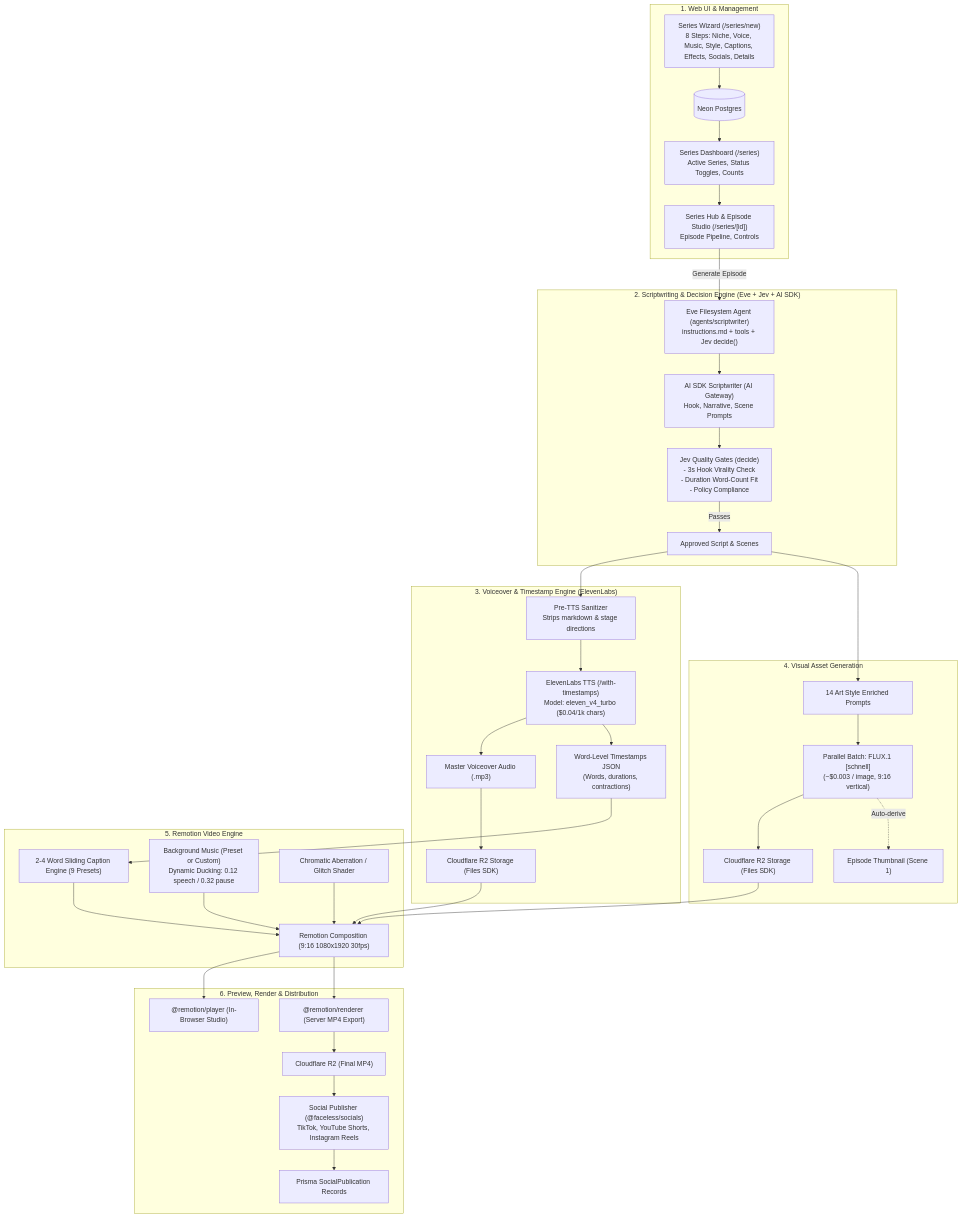
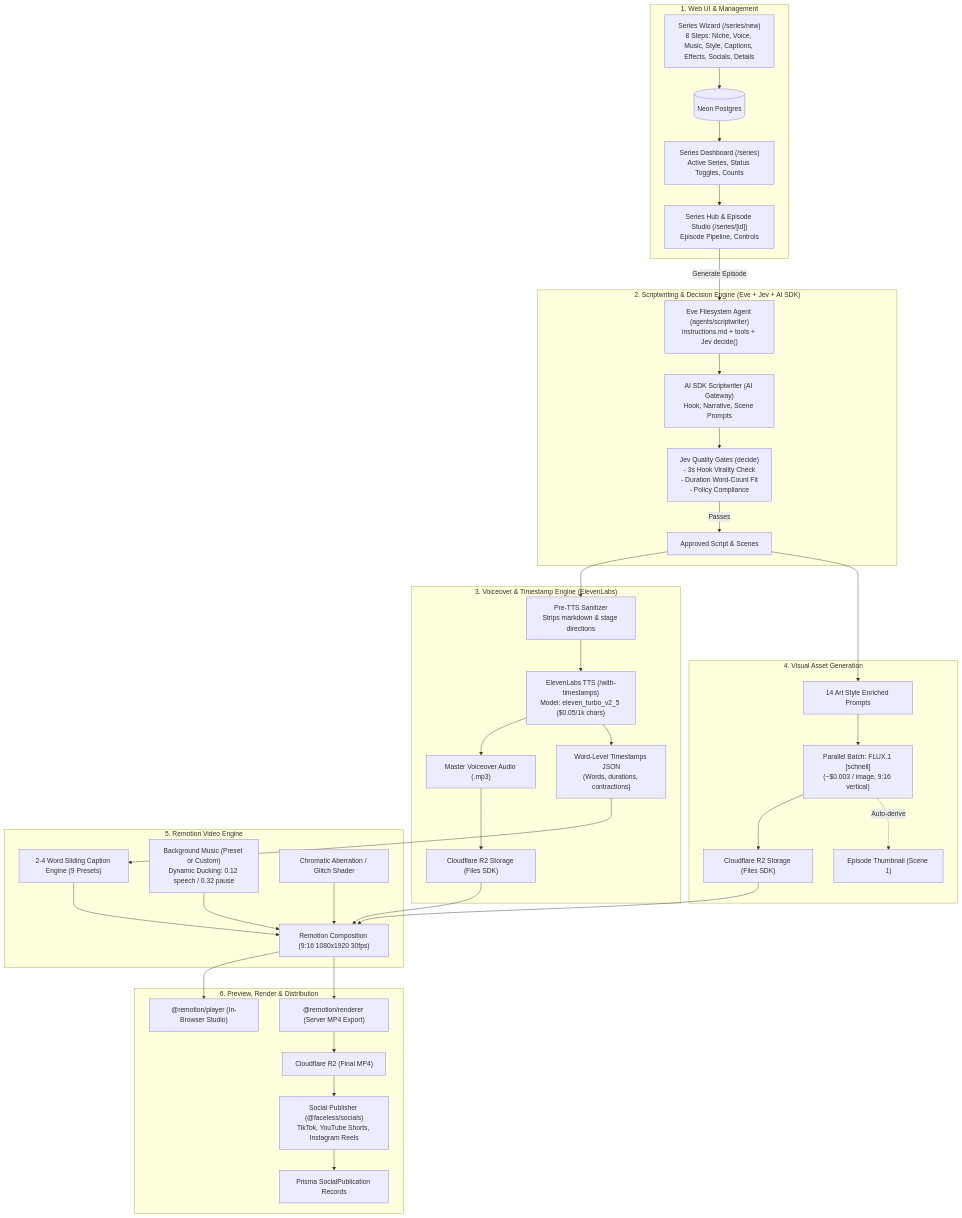
One commit to dzulhelmynazri/faceless changed the diagram in plan/README.md. Above: the diagram before and after it, drawn with Mermaid. The commit also changed other lines of this file and 3 other files, not shown here.

Commit message:
docs: update unit economics in COSTS.md and finalize Phase 3 ElevenLabs plan

````diff
--- a/plan/README.md
+++ b/plan/README.md
@@ -9,47 +9,47 @@
 ```mermaid
 flowchart TD
     subgraph UI ["1. Web UI & Management"]
         Wizard["Series Wizard (/series/new)<br/>8 Steps: Niche, Voice, Music, Style, Captions, Effects, Socials, Details"] --> DB[(Neon Postgres)]
         DB --> Dashboard["Series Dashboard (/series)<br/>Active Series, Status Toggles, Counts"]
         Dashboard --> SeriesHub["Series Hub & Episode Studio (/series/[id])<br/>Episode Pipeline, Controls"]
     end
 
     subgraph ScriptEngine ["2. Scriptwriting & Decision Engine (Eve + Jev + AI SDK)"]
         SeriesHub -->|"Generate Episode"| EveAgent["Eve Filesystem Agent (agents/scriptwriter)<br/>instructions.md + tools + Jev decide()"]
         EveAgent --> AIWriter["AI SDK Scriptwriter (AI Gateway)<br/>Hook, Narrative, Scene Prompts"]
         AIWriter --> JevGate["Jev Quality Gates (decide)<br/>- 3s Hook Virality Check<br/>- Duration Word-Count Fit<br/>- Policy Compliance"]
         JevGate -->|"Passes"| ValidScript["Approved Script & Scenes"]
     end
 
     subgraph AudioEngine ["3. Voiceover & Timestamp Engine (ElevenLabs)"]
         ValidScript --> Sanitizer["Pre-TTS Sanitizer<br/>Strips markdown & stage directions"]
-        Sanitizer --> ElevenLabs["ElevenLabs TTS (/with-timestamps)<br/>Model: eleven_v4_turbo ($0.04/1k chars)"]
+        Sanitizer --> ElevenLabs["ElevenLabs TTS (/with-timestamps)<br/>Model: eleven_turbo_v2_5 ($0.05/1k chars)"]
         ElevenLabs --> MasterAudio["Master Voiceover Audio (.mp3)"]
         ElevenLabs --> WordAlignment["Word-Level Timestamps JSON<br/>(Words, durations, contractions)"]
         MasterAudio --> R2Audio["Cloudflare R2 Storage (Files SDK)"]
     end
 
     subgraph VisualEngine ["4. Visual Asset Generation"]
         ValidScript --> ScenePrompts["14 Art Style Enriched Prompts"]
         ScenePrompts --> ImageGen["Parallel Batch: FLUX.1 [schnell]<br/>(~$0.003 / image, 9:16 vertical)"]
         ImageGen --> R2Images["Cloudflare R2 Storage (Files SDK)"]
         ImageGen -.->|"Auto-derive"| Thumbnail["Episode Thumbnail (Scene 1)"]
     end
 
     subgraph RemotionEngine ["5. Remotion Video Engine"]
         R2Audio --> RemotionComp["Remotion Composition (9:16 1080x1920 30fps)"]
         R2Images --> RemotionComp
         WordAlignment --> CaptionEngine["2-4 Word Sliding Caption Engine (9 Presets)"]
         CaptionEngine --> RemotionComp
         MusicTrack["Background Music (Preset or Custom)<br/>Dynamic Ducking: 0.12 speech / 0.32 pause"] --> RemotionComp
         Glitch["Chromatic Aberration / Glitch Shader"] --> RemotionComp
     end
 
     subgraph OutputEngine ["6. Preview, Render & Distribution"]
         RemotionComp --> WebPreview["@remotion/player (In-Browser Studio)"]
         RemotionComp --> ServerRender["@remotion/renderer (Server MP4 Export)"]
         ServerRender --> R2Video["Cloudflare R2 (Final MP4)"]
         R2Video --> SocialScheduler["Social Publisher (@faceless/socials)<br/>TikTok, YouTube Shorts, Instagram Reels"]
         SocialScheduler --> SocialPubRecord["Prisma SocialPublication Records"]
     end
 ```
````
